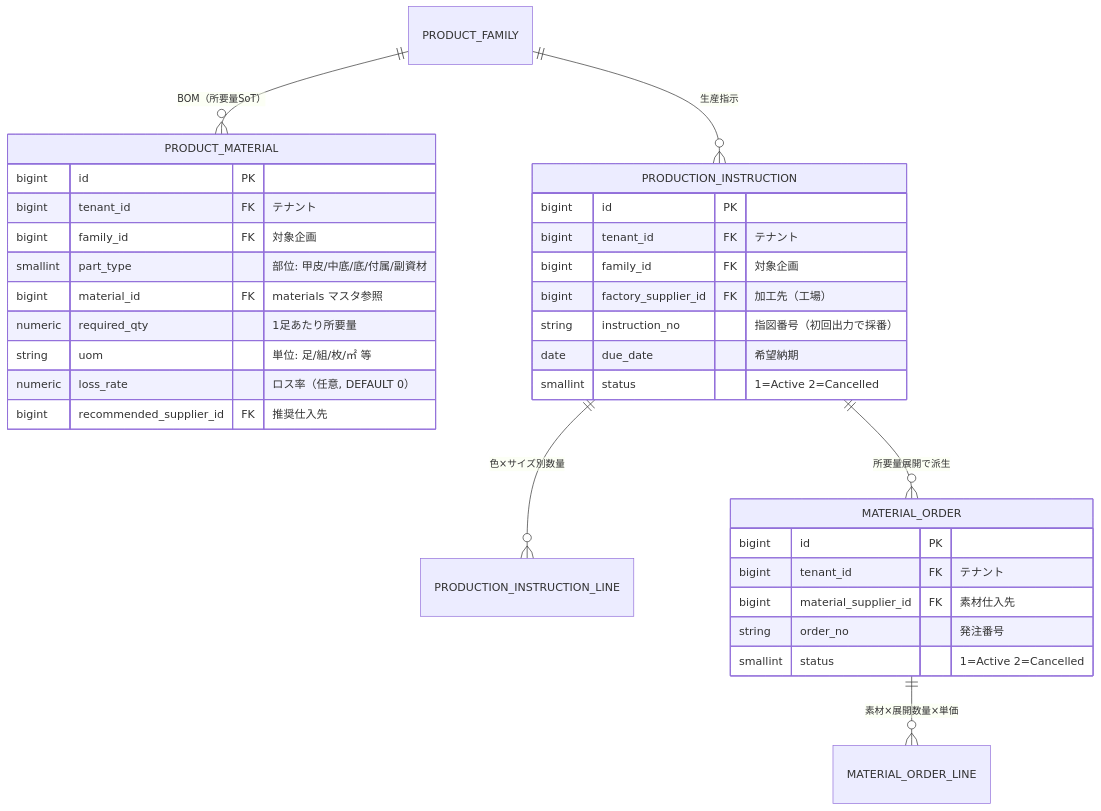
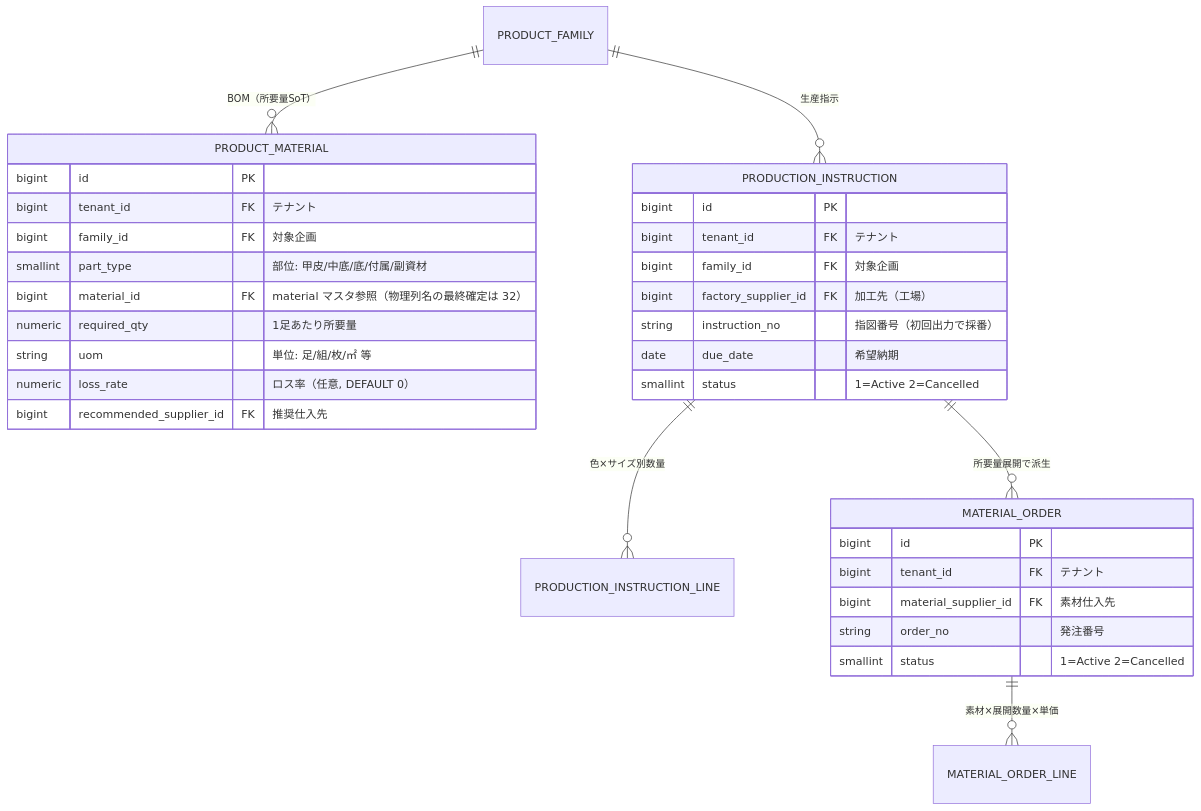
Before and after one commit to TSUNAGUBA/akebono-honshu: the seventh of 9 diagrams in docs/platform-design/basic-design/05-service-manufacturer.md, drawn with Mermaid. The commit also changed other lines of this file and 30 other files, not shown here.

````diff
--- a/docs/platform-design/basic-design/05-service-manufacturer.md
+++ b/docs/platform-design/basic-design/05-service-manufacturer.md
@@ -323,35 +323,35 @@
 ```mermaid
 erDiagram
     PRODUCT_FAMILY ||--o{ PRODUCT_MATERIAL : "BOM（所要量SoT）"
     PRODUCT_FAMILY ||--o{ PRODUCTION_INSTRUCTION : "生産指示"
     PRODUCTION_INSTRUCTION ||--o{ PRODUCTION_INSTRUCTION_LINE : "色×サイズ別数量"
     PRODUCTION_INSTRUCTION ||--o{ MATERIAL_ORDER : "所要量展開で派生"
     MATERIAL_ORDER ||--o{ MATERIAL_ORDER_LINE : "素材×展開数量×単価"
     PRODUCT_MATERIAL {
         bigint id PK
         bigint tenant_id FK "テナント"
         bigint family_id FK "対象企画"
         smallint part_type "部位: 甲皮/中底/底/付属/副資材"
-        bigint material_id FK "materials マスタ参照"
+        bigint material_id FK "material マスタ参照（物理列名の最終確定は 32）"
         numeric required_qty "1足あたり所要量"
         string uom "単位: 足/組/枚/㎡ 等"
         numeric loss_rate "ロス率（任意, DEFAULT 0）"
         bigint recommended_supplier_id FK "推奨仕入先"
     }
     PRODUCTION_INSTRUCTION {
         bigint id PK
         bigint tenant_id FK "テナント"
         bigint family_id FK "対象企画"
         bigint factory_supplier_id FK "加工先（工場）"
         string instruction_no "指図番号（初回出力で採番）"
         date due_date "希望納期"
         smallint status "1=Active 2=Cancelled"
     }
     MATERIAL_ORDER {
         bigint id PK
         bigint tenant_id FK "テナント"
         bigint material_supplier_id FK "素材仕入先"
         string order_no "発注番号"
         smallint status "1=Active 2=Cancelled"
     }
 ```
````
